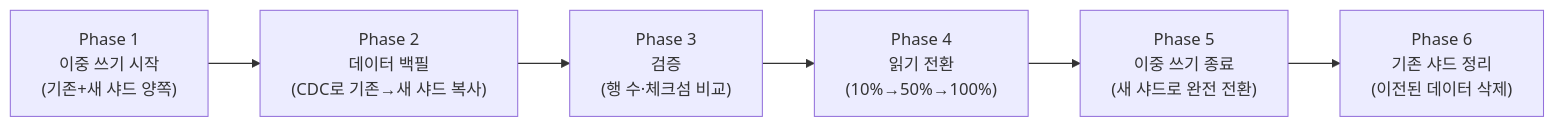
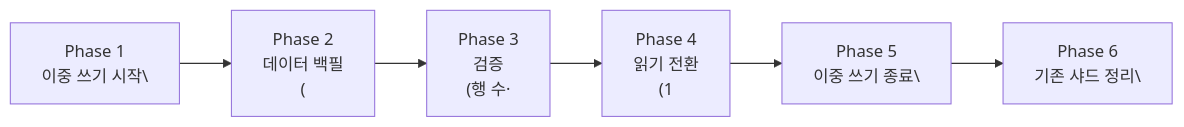
One commit to yjkim2015/yjkim2015.github.io changed diagram 13 of 13 in _posts/db/2026-05-01-db-sharding.md. Above: the diagram before and after it, drawn with Mermaid. The commit also changed other lines of this file and 271 other files, not shown here.

First line of the commit message:
Mermaid 라벨 축소: 긴 노드 텍스트 18자 이하로 트림 + \n 제거

````diff
--- a/_posts/db/2026-05-01-db-sharding.md
+++ b/_posts/db/2026-05-01-db-sharding.md
@@ -670,8 +670,8 @@
 ```mermaid
 graph LR
-    P1["Phase 1\n이중 쓰기 시작\n(기존+새 샤드 양쪽)"] --> P2["Phase 2\n데이터 백필\n(CDC로 기존→새 샤드 복사)"]
-    P2 --> P3["Phase 3\n검증\n(행 수·체크섬 비교)"]
-    P3 --> P4["Phase 4\n읽기 전환\n(10%→50%→100%)"]
-    P4 --> P5["Phase 5\n이중 쓰기 종료\n(새 샤드로 완전 전환)"]
-    P5 --> P6["Phase 6\n기존 샤드 정리\n(이전된 데이터 삭제)"]
+    P1["Phase 1\n이중 쓰기 시작\"] --> P2["Phase 2\n데이터 백필\n("]
+    P2 --> P3["Phase 3\n검증\n(행 수·"]
+    P3 --> P4["Phase 4\n읽기 전환\n(1"]
+    P4 --> P5["Phase 5\n이중 쓰기 종료\"]
+    P5 --> P6["Phase 6\n기존 샤드 정리\"]
 ```
````
